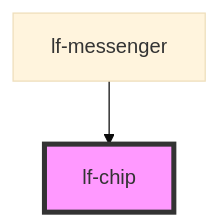
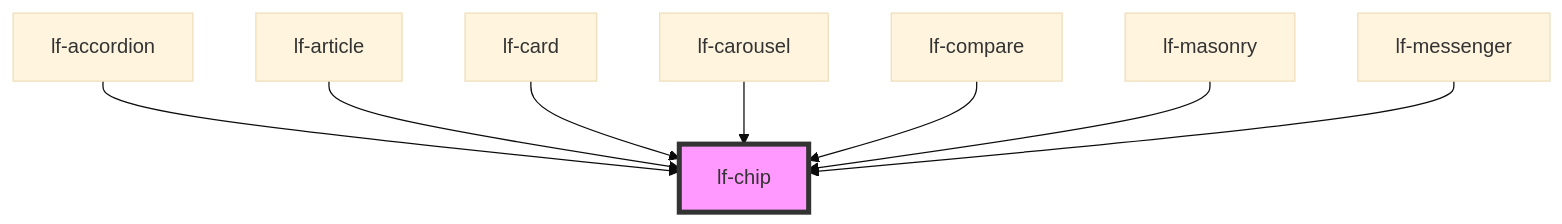
The diagram in packages/core/src/components/lf-chip/readme.md (lucafoscili/lf-widgets), drawn with Mermaid (base theme) before and after one commit. The commit also changed other lines of this file and 68 other files, not shown here.

````diff
--- a/packages/core/src/components/lf-chip/readme.md
+++ b/packages/core/src/components/lf-chip/readme.md
@@ -139,5 +145,11 @@
 ```mermaid
 graph TD;
+  lf-accordion --> lf-chip
+  lf-article --> lf-chip
+  lf-card --> lf-chip
+  lf-carousel --> lf-chip
+  lf-compare --> lf-chip
+  lf-masonry --> lf-chip
   lf-messenger --> lf-chip
   style lf-chip fill:#f9f,stroke:#333,stroke-width:4px
 ```
````
